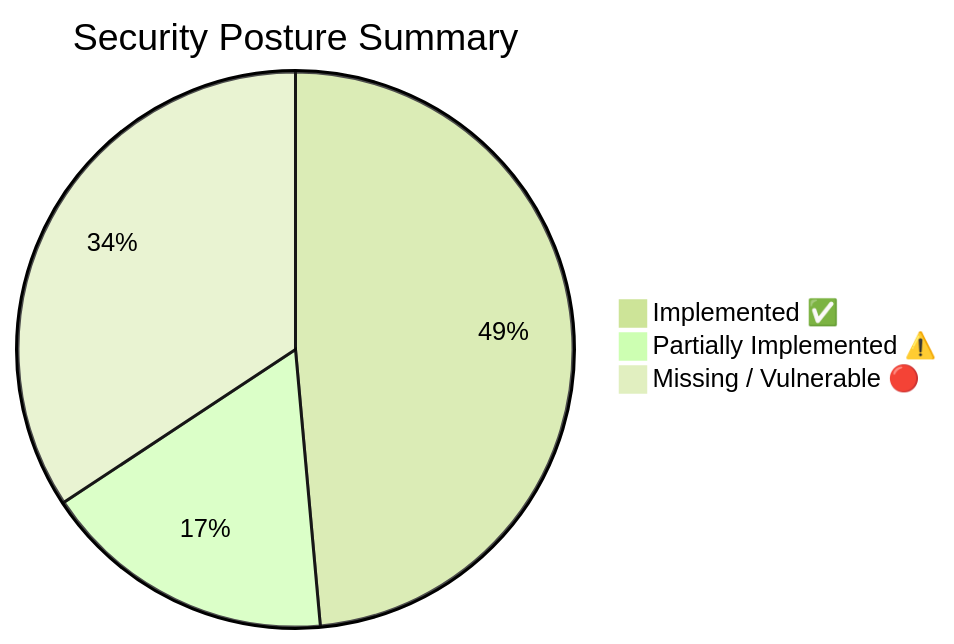
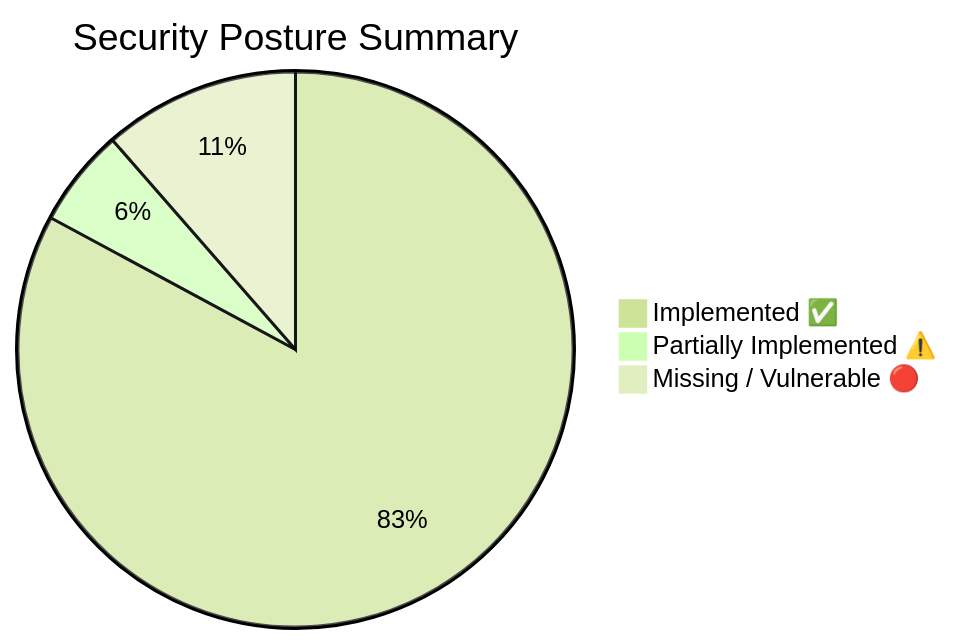
Before and after one commit to sandaruns2004/Duothon_6.0_BigBug: the diagram in docs/devops_and_security/security_audit_report.md, drawn with Mermaid (forest theme). The commit also changed other lines of this file, not shown here.

````diff
--- a/docs/devops_and_security/security_audit_report.md
+++ b/docs/devops_and_security/security_audit_report.md
@@ -11,6 +11,6 @@
 ```mermaid
 pie title Security Posture Summary
-    "Implemented ✅" : 17
-    "Partially Implemented ⚠️" : 6
-    "Missing / Vulnerable 🔴" : 12
+    "Implemented ✅" : 29
+    "Partially Implemented ⚠️" : 2
+    "Missing / Vulnerable 🔴" : 4
 ```
````
